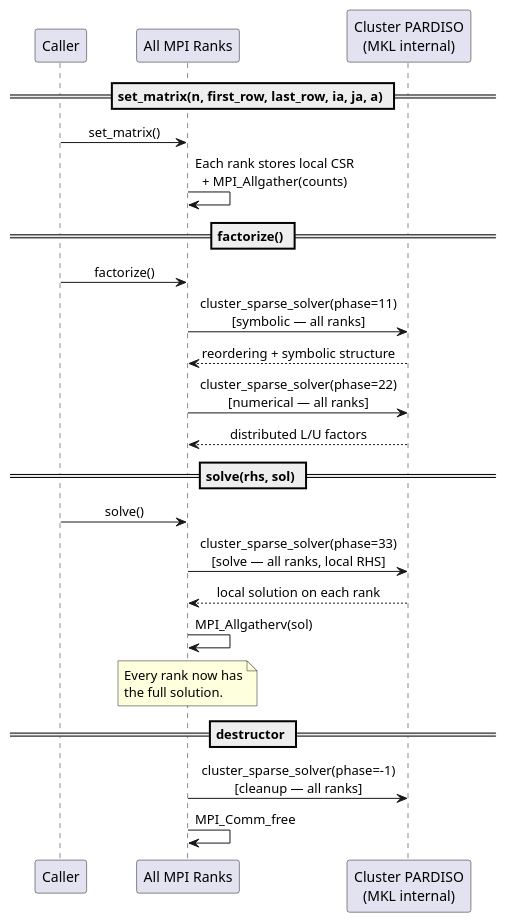
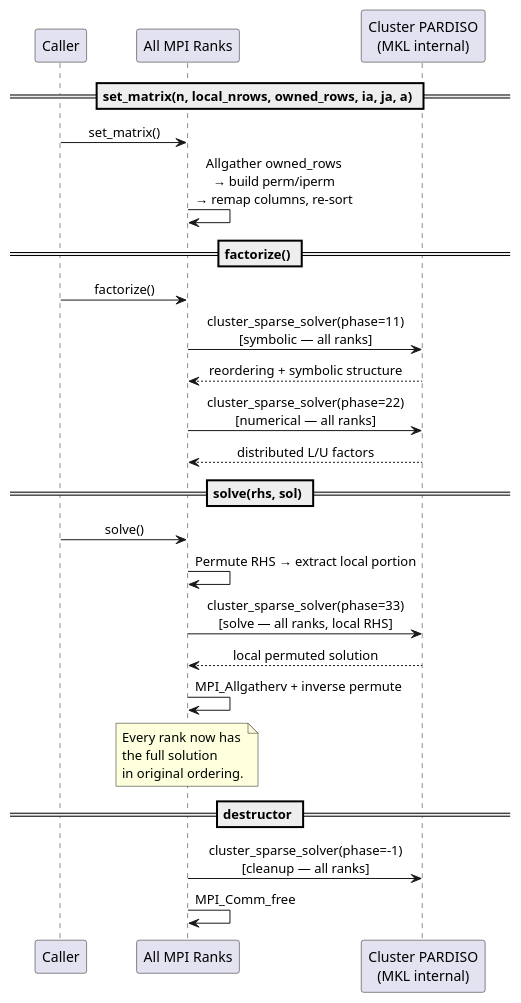
Before and after one commit to kyungminlee/pardiso-mpi: the first of 2 diagrams in DEVELOPER.md, drawn with PlantUML. The commit also changed other lines of this file and 5 other files, not shown here.

````diff
--- a/DEVELOPER.md
+++ b/DEVELOPER.md
@@ -136,41 +146,43 @@
 ```plantuml
 @startuml pardiso_mpi_sequence
 skinparam sequenceMessageAlign center
 skinparam participantPadding 20
 
 participant "Caller"              as C
 participant "All MPI Ranks"       as R
 participant "Cluster PARDISO\n(MKL internal)" as P
 
-== set_matrix(n, first_row, last_row, ia, ja, a) ==
+== set_matrix(n, local_nrows, owned_rows, ia, ja, a) ==
 
 C -> R : set_matrix()
-R -> R : Each rank stores local CSR\n+ MPI_Allgather(counts)
+R -> R : Allgather owned_rows\n→ build perm/iperm\n→ remap columns, re-sort
 
 == factorize() ==
 
 C -> R : factorize()
 R -> P : cluster_sparse_solver(phase=11)\n[symbolic — all ranks]
 R <-- P : reordering + symbolic structure
 R -> P : cluster_sparse_solver(phase=22)\n[numerical — all ranks]
 R <-- P : distributed L/U factors
 
 == solve(rhs, sol) ==
 
 C -> R : solve()
+R -> R : Permute RHS → extract local portion
 R -> P : cluster_sparse_solver(phase=33)\n[solve — all ranks, local RHS]
-R <-- P : local solution on each rank
-R -> R : MPI_Allgatherv(sol)
+R <-- P : local permuted solution
+R -> R : MPI_Allgatherv + inverse permute
 
 note over R
   Every rank now has
-  the full solution.
+  the full solution
+  in original ordering.
 end note
 
 == destructor ==
 
 R -> P : cluster_sparse_solver(phase=-1)\n[cleanup — all ranks]
 R -> R : MPI_Comm_free
 
 @enduml
 ```
````
